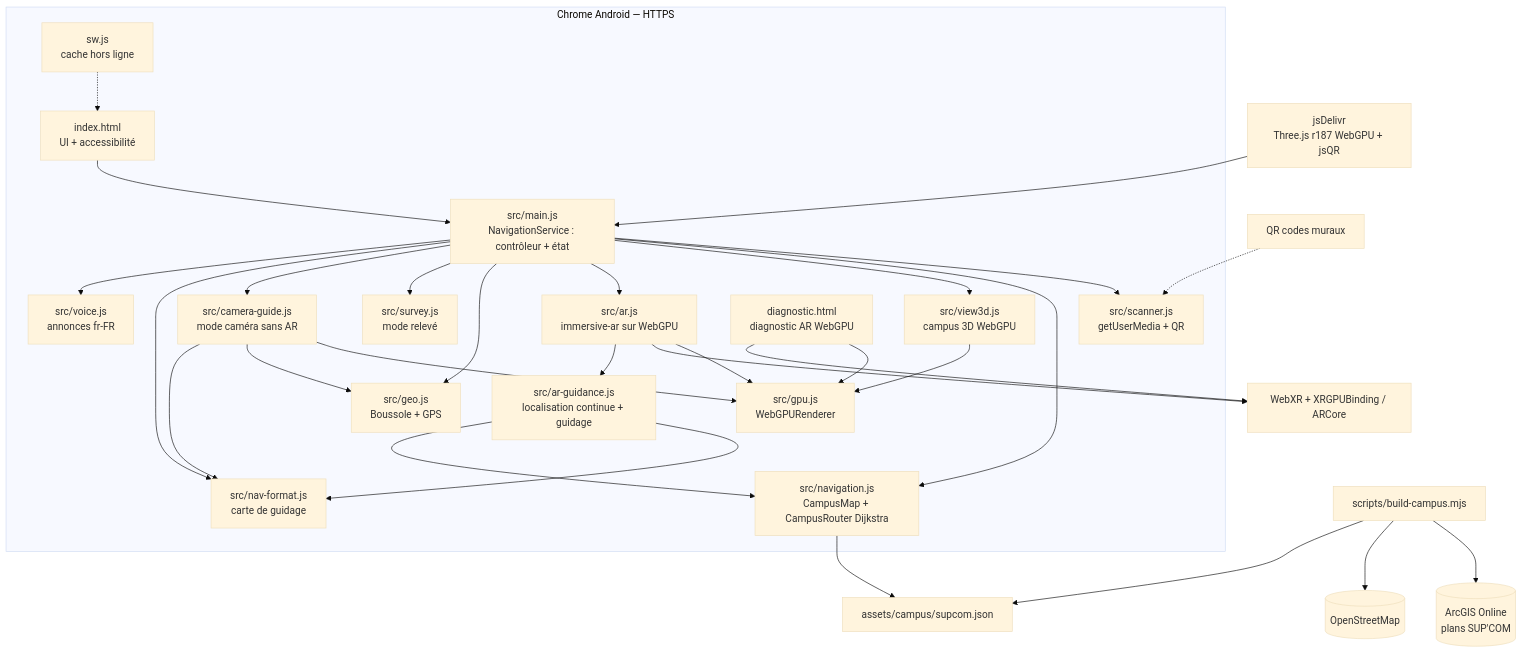
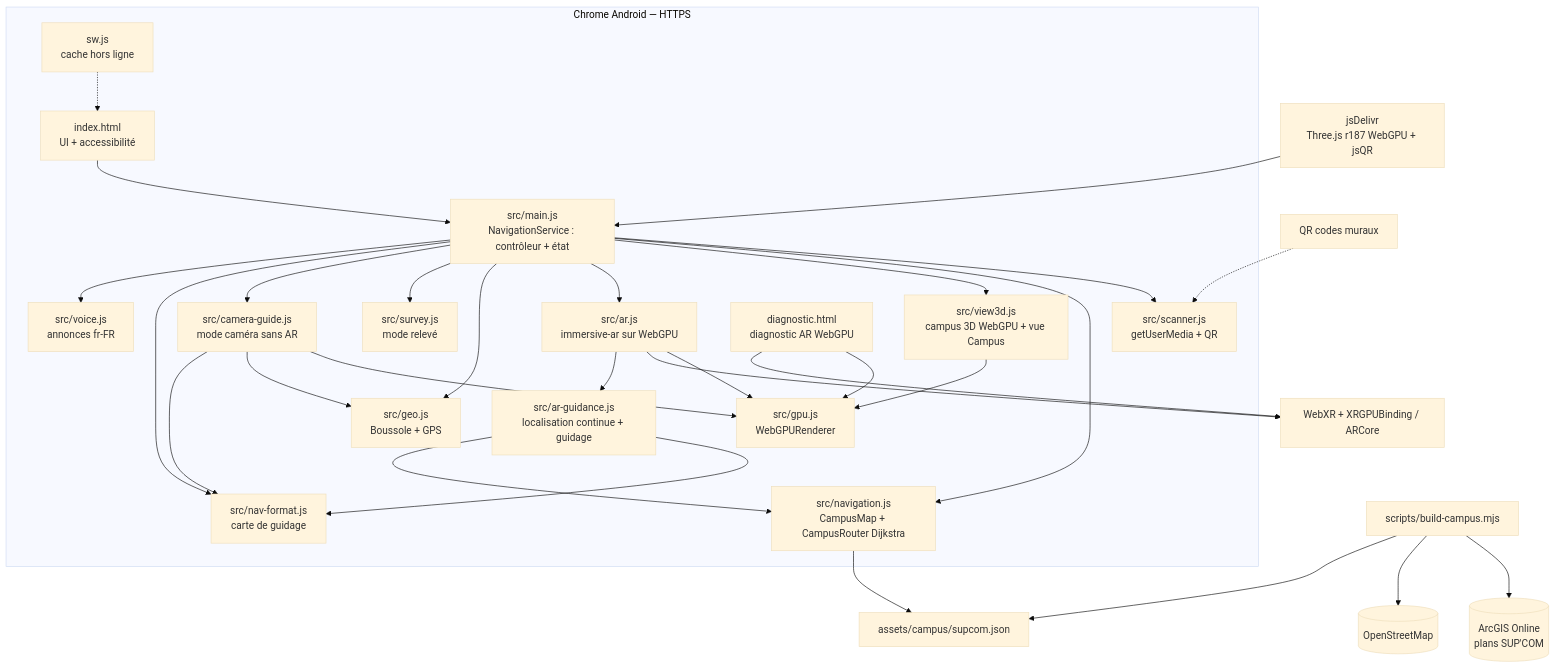
The second of 5 diagrams in docs/design-notebook.md (yessinomhiri-cpu/indoor-wayfinder), drawn with Mermaid (base theme) before and after one commit. The commit also changed other lines of this file and 12 other files, not shown here.

Commit message:
feat: campus exterior view adapted from SUP'COM Forum

````diff
--- a/docs/design-notebook.md
+++ b/docs/design-notebook.md
@@ -51,56 +51,56 @@
 ```mermaid
 flowchart TB
     subgraph Browser["Chrome Android — HTTPS"]
         UI[index.html<br/>UI + accessibilité]
         MAIN[src/main.js<br/>NavigationService : contrôleur + état]
         SCAN[src/scanner.js<br/>getUserMedia + QR]
         NAV[src/navigation.js<br/>CampusMap + CampusRouter Dijkstra]
-        VIEW[src/view3d.js<br/>campus 3D WebGPU]
+        VIEW[src/view3d.js<br/>campus 3D WebGPU + vue Campus]
         AR[src/ar.js<br/>immersive-ar sur WebGPU]
         GUIDE[src/ar-guidance.js<br/>localisation continue + guidage]
         GPU[src/gpu.js<br/>WebGPURenderer]
         GEO[src/geo.js<br/>Boussole + GPS]
         SURVEY[src/survey.js<br/>mode relevé]
         CAM[src/camera-guide.js<br/>mode caméra sans AR]
         CARD[src/nav-format.js<br/>carte de guidage]
         VOICE[src/voice.js<br/>annonces fr-FR]
         DIAG[diagnostic.html<br/>diagnostic AR WebGPU]
         SW[sw.js<br/>cache hors ligne]
     end
     CDN[jsDelivr<br/>Three.js r187 WebGPU + jsQR]
     DATA[assets/campus/supcom.json]
     BUILD[scripts/build-campus.mjs]
     ARCGIS[(ArcGIS Online<br/>plans SUP'COM)]
     OSM[(OpenStreetMap)]
     QR[QR codes muraux]
     XR[WebXR + XRGPUBinding / ARCore]
 
     QR -.-> SCAN
     UI --> MAIN
     MAIN --> SCAN
     MAIN --> NAV
     MAIN --> VIEW
     MAIN --> AR
     MAIN --> GEO
     MAIN --> SURVEY
     MAIN --> CAM
     MAIN --> CARD
     MAIN --> VOICE
     CAM --> GPU
     CAM --> GEO
     CAM --> CARD
     GUIDE --> CARD
     DIAG --> GPU
     DIAG --> XR
     VIEW --> GPU
     AR --> GPU
     AR --> XR
     AR --> GUIDE
     GUIDE --> NAV
     NAV --> DATA
     BUILD --> ARCGIS
     BUILD --> OSM
     BUILD --> DATA
     CDN --> MAIN
     SW -.-> UI
 ```
````
